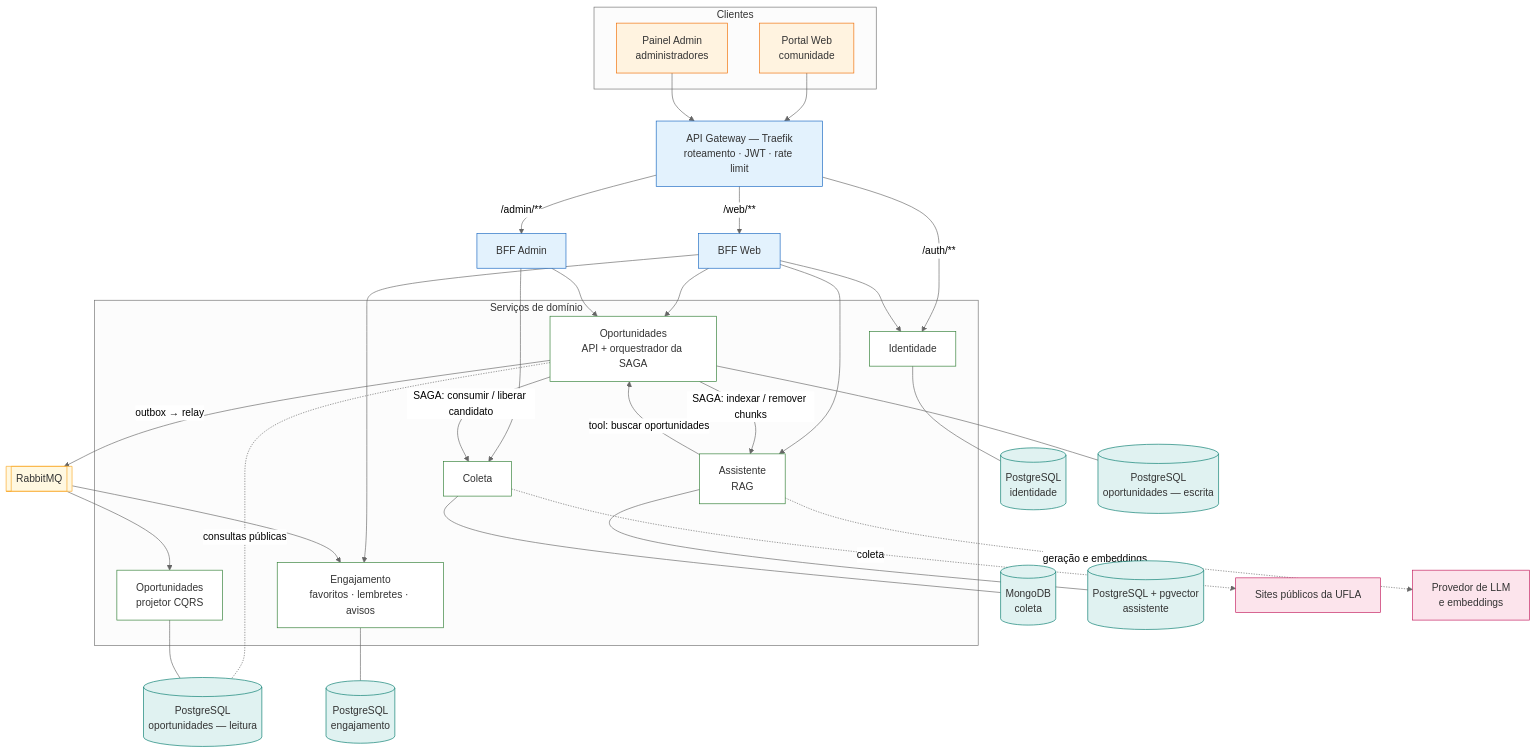
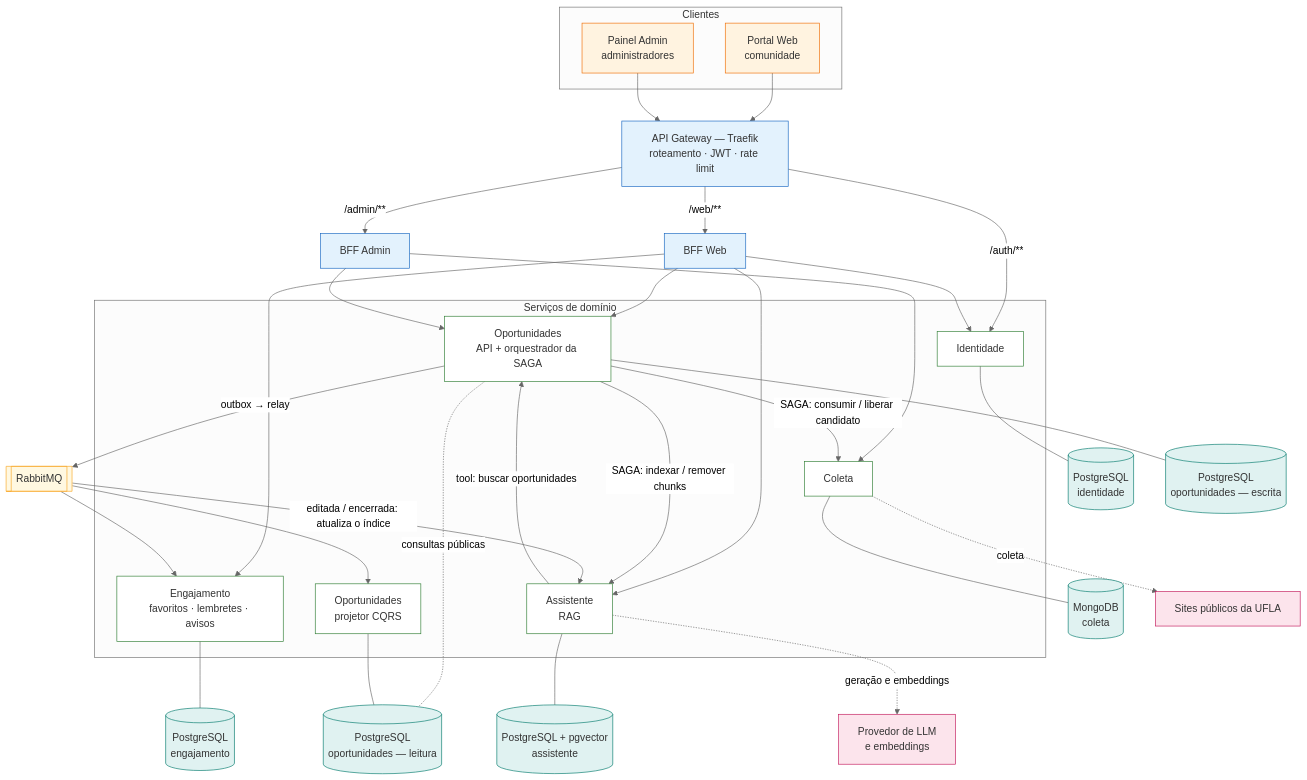
Before and after one commit to joao-givisiez/ConectaU: the diagram in docs/arquitetura/ARQUITETURA-CONECTAU.md, drawn with Mermaid (neutral theme). The commit also changed other lines of this file and 12 other files, not shown here.

````diff
--- a/docs/arquitetura/ARQUITETURA-CONECTAU.md
+++ b/docs/arquitetura/ARQUITETURA-CONECTAU.md
@@ -23,75 +23,76 @@
 ```mermaid
 flowchart TB
   subgraph CLIENTES["Clientes"]
     WEB["Portal Web<br/>comunidade"]
     ADM["Painel Admin<br/>administradores"]
   end
 
   GW["API Gateway — Traefik<br/>roteamento · JWT · rate limit"]
   BFFW["BFF Web"]
   BFFA["BFF Admin"]
 
   WEB --> GW
   ADM --> GW
   GW -->|"/auth/**"| ID
   GW -->|"/web/**"| BFFW
   GW -->|"/admin/**"| BFFA
 
   subgraph DOM["Serviços de domínio"]
     ID["Identidade"]
     CO["Coleta"]
     OP["Oportunidades<br/>API + orquestrador da SAGA"]
     PJ["Oportunidades<br/>projetor CQRS"]
     EN["Engajamento<br/>favoritos · lembretes · avisos"]
     AS["Assistente<br/>RAG"]
   end
 
   BFFW --> ID
   BFFW --> OP
   BFFW --> EN
   BFFW --> AS
   BFFA --> CO
   BFFA --> OP
 
   OP -->|"SAGA: consumir / liberar candidato"| CO
   OP -->|"SAGA: indexar / remover chunks"| AS
   AS -->|"tool: buscar oportunidades"| OP
 
   MQ[["RabbitMQ"]]
   OP -->|"outbox → relay"| MQ
   MQ --> PJ
   MQ --> EN
+  MQ -->|"editada / encerrada: atualiza o índice"| AS
 
   DBID[("PostgreSQL<br/>identidade")]
   DBCO[("MongoDB<br/>coleta")]
   DBOPW[("PostgreSQL<br/>oportunidades — escrita")]
   DBOPR[("PostgreSQL<br/>oportunidades — leitura")]
   DBEN[("PostgreSQL<br/>engajamento")]
   DBAS[("PostgreSQL + pgvector<br/>assistente")]
 
   ID --- DBID
   CO --- DBCO
   OP --- DBOPW
   OP -. "consultas públicas" .- DBOPR
   PJ --- DBOPR
   EN --- DBEN
   AS --- DBAS
 
   UFLA["Sites públicos da UFLA"]
   LLM["Provedor de LLM<br/>e embeddings"]
   CO -.->|"coleta"| UFLA
   AS -.->|"geração e embeddings"| LLM
 
   classDef client fill:#fff3e0,stroke:#ef6c00,color:#333
   classDef edge fill:#e3f2fd,stroke:#1565c0,color:#333
   classDef service fill:#ffffff,stroke:#2e7d32,color:#333
   classDef database fill:#e0f2f1,stroke:#00796b,color:#333
   classDef broker fill:#fff8e1,stroke:#f9a825,color:#333
   classDef external fill:#fce4ec,stroke:#c2185b,color:#333
   class WEB,ADM client
   class GW,BFFW,BFFA edge
   class ID,CO,OP,PJ,EN,AS service
   class DBID,DBCO,DBOPW,DBOPR,DBEN,DBAS database
   class MQ broker
   class UFLA,LLM external
 ```
````
